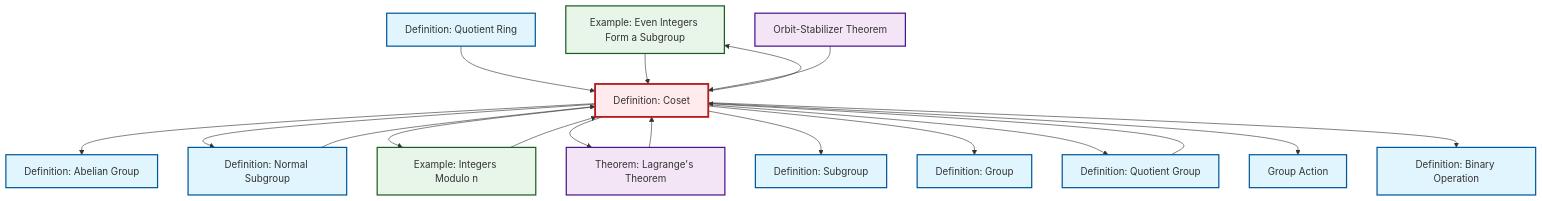
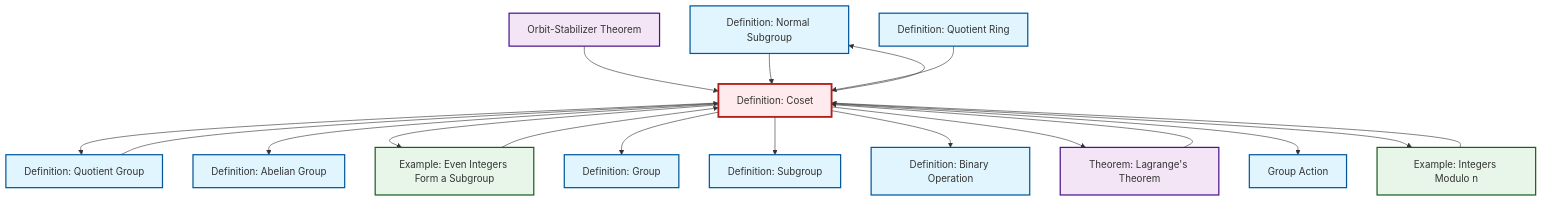
The diagram in content/ja/algebra/def-coset.qmd (RK0429/ModernMath), drawn with Mermaid before and after one commit. The commit also changed other lines of this file and 619 other files, not shown here.

````diff
--- a/content/ja/algebra/def-coset.qmd
+++ b/content/ja/algebra/def-coset.qmd
@@ -162,52 +162,52 @@
 ```{mermaid}
 %%| fig-cap: "Local dependency graph"
 graph TD
     classDef definition fill:#e1f5fe,stroke:#01579b,stroke-width:2px
     classDef theorem fill:#f3e5f5,stroke:#4a148c,stroke-width:2px
     classDef axiom fill:#fff3e0,stroke:#e65100,stroke-width:2px
     classDef example fill:#e8f5e9,stroke:#1b5e20,stroke-width:2px
     classDef current fill:#ffebee,stroke:#b71c1c,stroke-width:3px
+    def-binary-operation["Definition: Binary Operation"]:::definition
+    def-normal-subgroup["Definition: Normal Subgroup"]:::definition
+    def-abelian-group["Definition: Abelian Group"]:::definition
+    thm-lagrange["Theorem: Lagrange's Theorem"]:::theorem
+    def-group["Definition: Group"]:::definition
+    def-subgroup["Definition: Subgroup"]:::definition
+    def-quotient-group["Definition: Quotient Group"]:::definition
     ex-even-integers-subgroup["Example: Even Integers Form a Subgroup"]:::example
+    def-coset["Definition: Coset"]:::definition
     ex-quotient-integers-mod-n["Example: Integers Modulo n"]:::example
+    thm-orbit-stabilizer["Orbit-Stabilizer Theorem"]:::theorem
+    def-quotient-ring["Definition: Quotient Ring"]:::definition
     def-group-action["Group Action"]:::definition
-    thm-lagrange["Theorem: Lagrange's Theorem"]:::theorem
-    def-quotient-ring["Definition: Quotient Ring"]:::definition
-    def-coset["Definition: Coset"]:::definition
-    thm-orbit-stabilizer["Orbit-Stabilizer Theorem"]:::theorem
-    def-normal-subgroup["Definition: Normal Subgroup"]:::definition
-    def-quotient-group["Definition: Quotient Group"]:::definition
-    def-abelian-group["Definition: Abelian Group"]:::definition
-    def-subgroup["Definition: Subgroup"]:::definition
-    def-group["Definition: Group"]:::definition
-    def-binary-operation["Definition: Binary Operation"]:::definition
+    def-coset --> def-quotient-group
     def-coset --> def-abelian-group
+    def-coset --> ex-even-integers-subgroup
+    thm-orbit-stabilizer --> def-coset
+    def-quotient-group --> def-coset
+    def-coset --> def-group
+    def-coset --> def-subgroup
+    ex-even-integers-subgroup --> def-coset
+    def-coset --> def-binary-operation
+    def-normal-subgroup --> def-coset
     def-coset --> def-normal-subgroup
+    def-quotient-ring --> def-coset
+    thm-lagrange --> def-coset
+    ex-quotient-integers-mod-n --> def-coset
+    def-coset --> thm-lagrange
+    def-coset --> def-group-action
     def-coset --> ex-quotient-integers-mod-n
-    def-coset --> ex-even-integers-subgroup
-    def-coset --> thm-lagrange
-    def-quotient-ring --> def-coset
-    ex-quotient-integers-mod-n --> def-coset
-    def-quotient-group --> def-coset
-    thm-lagrange --> def-coset
-    ex-even-integers-subgroup --> def-coset
-    def-coset --> def-subgroup
-    def-coset --> def-group
-    def-coset --> def-quotient-group
-    def-normal-subgroup --> def-coset
-    def-coset --> def-group-action
-    def-coset --> def-binary-operation
-    thm-orbit-stabilizer --> def-coset
     class def-coset current
+    click def-binary-operation "def-binary-operation.html" "Definition: Binary Operationへ"
+    click def-normal-subgroup "def-normal-subgroup.html" "Definition: Normal Subgroupへ"
+    click def-abelian-group "def-abelian-group.html" "Definition: Abelian Groupへ"
+    click thm-lagrange "thm-lagrange.html" "Theorem: Lagrange's Theoremへ"
+    click def-group "def-group.html" "Definition: Groupへ"
+    click def-subgroup "def-subgroup.html" "Definition: Subgroupへ"
+    click def-quotient-group "def-quotient-group.html" "Definition: Quotient Groupへ"
     click ex-even-integers-subgroup "ex-even-integers-subgroup.html" "Example: Even Integers Form a Subgroupへ"
     click ex-quotient-integers-mod-n "ex-quotient-integers-mod-n.html" "Example: Integers Modulo nへ"
+    click thm-orbit-stabilizer "thm-orbit-stabilizer.html" "Orbit-Stabilizer Theoremへ"
+    click def-quotient-ring "def-quotient-ring.html" "Definition: Quotient Ringへ"
     click def-group-action "def-group-action.html" "Group Actionへ"
-    click thm-lagrange "thm-lagrange.html" "Theorem: Lagrange's Theoremへ"
-    click def-quotient-ring "def-quotient-ring.html" "Definition: Quotient Ringへ"
-    click thm-orbit-stabilizer "thm-orbit-stabilizer.html" "Orbit-Stabilizer Theoremへ"
-    click def-normal-subgroup "def-normal-subgroup.html" "Definition: Normal Subgroupへ"
-    click def-quotient-group "def-quotient-group.html" "Definition: Quotient Groupへ"
-    click def-abelian-group "def-abelian-group.html" "Definition: Abelian Groupへ"
-    click def-subgroup "def-subgroup.html" "Definition: Subgroupへ"
-    click def-group "def-group.html" "Definition: Groupへ"
-    click def-binary-operation "def-binary-operation.html" "Definition: Binary Operationへ"
 ```
````
